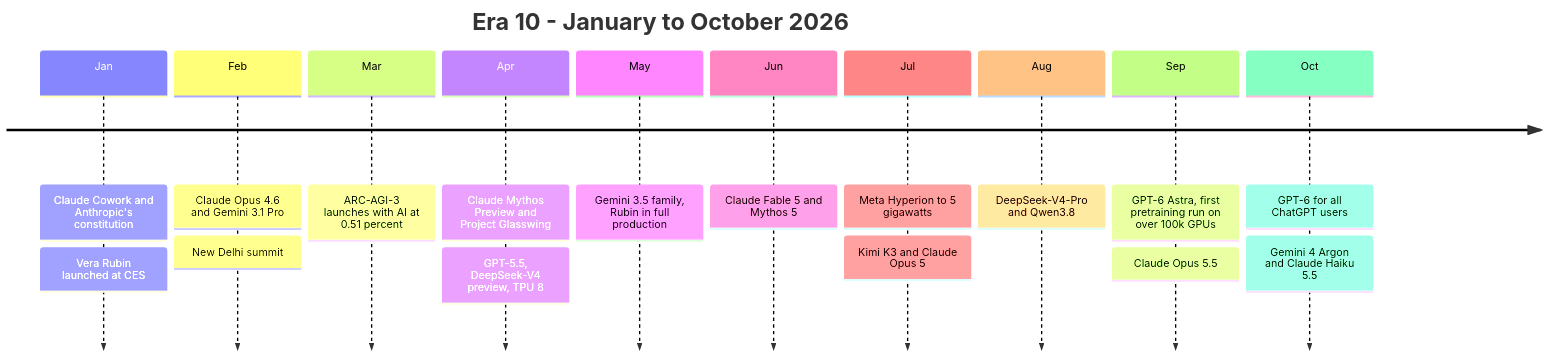
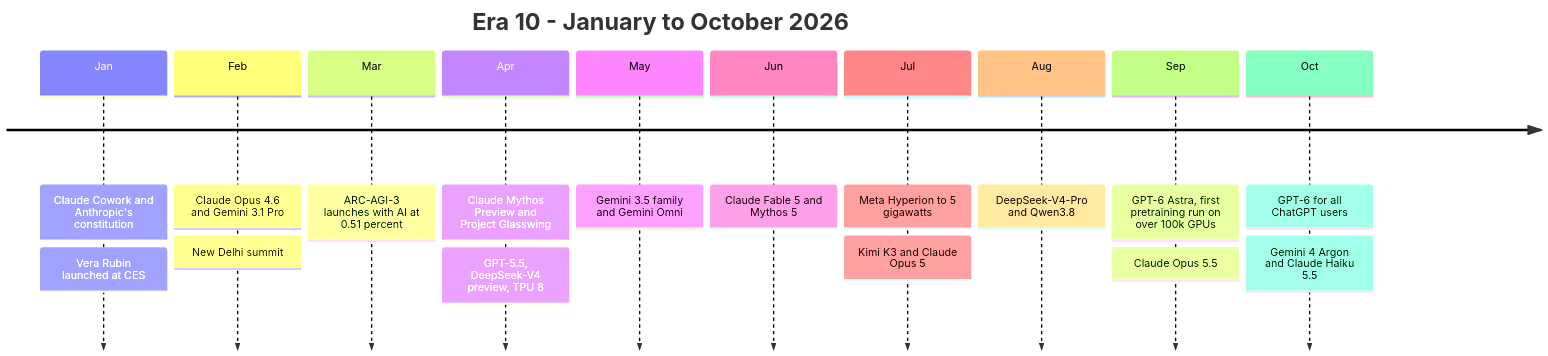
The tenth of 13 diagrams in ai-book/chapters/07-history-of-ai.md (mcichael1-eng/Leash-Holder-2), drawn with Mermaid before and after one commit. The commit also changed other lines of this file and 71 other files, not shown here.

````diff
--- a/ai-book/chapters/07-history-of-ai.md
+++ b/ai-book/chapters/07-history-of-ai.md
@@ -679,20 +679,20 @@
 ```mermaid
 timeline
     title Era 10 - January to October 2026
     Jan : Claude Cowork and Anthropic's constitution
         : Vera Rubin launched at CES
     Feb : Claude Opus 4.6 and Gemini 3.1 Pro
         : New Delhi summit
     Mar : ARC-AGI-3 launches with AI at 0.51 percent
     Apr : Claude Mythos Preview and Project Glasswing
         : GPT-5.5, DeepSeek-V4 preview, TPU 8
-    May : Gemini 3.5 family, Rubin in full production
+    May : Gemini 3.5 family and Gemini Omni
     Jun : Claude Fable 5 and Mythos 5
     Jul : Meta Hyperion to 5 gigawatts
         : Kimi K3 and Claude Opus 5
     Aug : DeepSeek-V4-Pro and Qwen3.8
     Sep : GPT-6 Astra, first pretraining run on over 100k GPUs
         : Claude Opus 5.5
     Oct : GPT-6 for all ChatGPT users
         : Gemini 4 Argon and Claude Haiku 5.5
 ```
````
